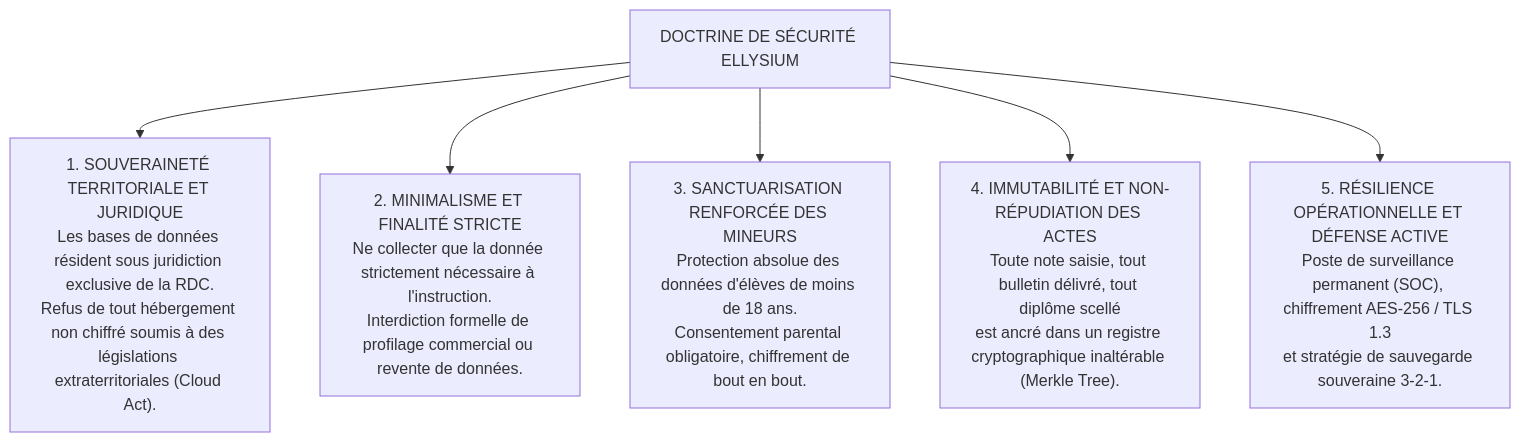
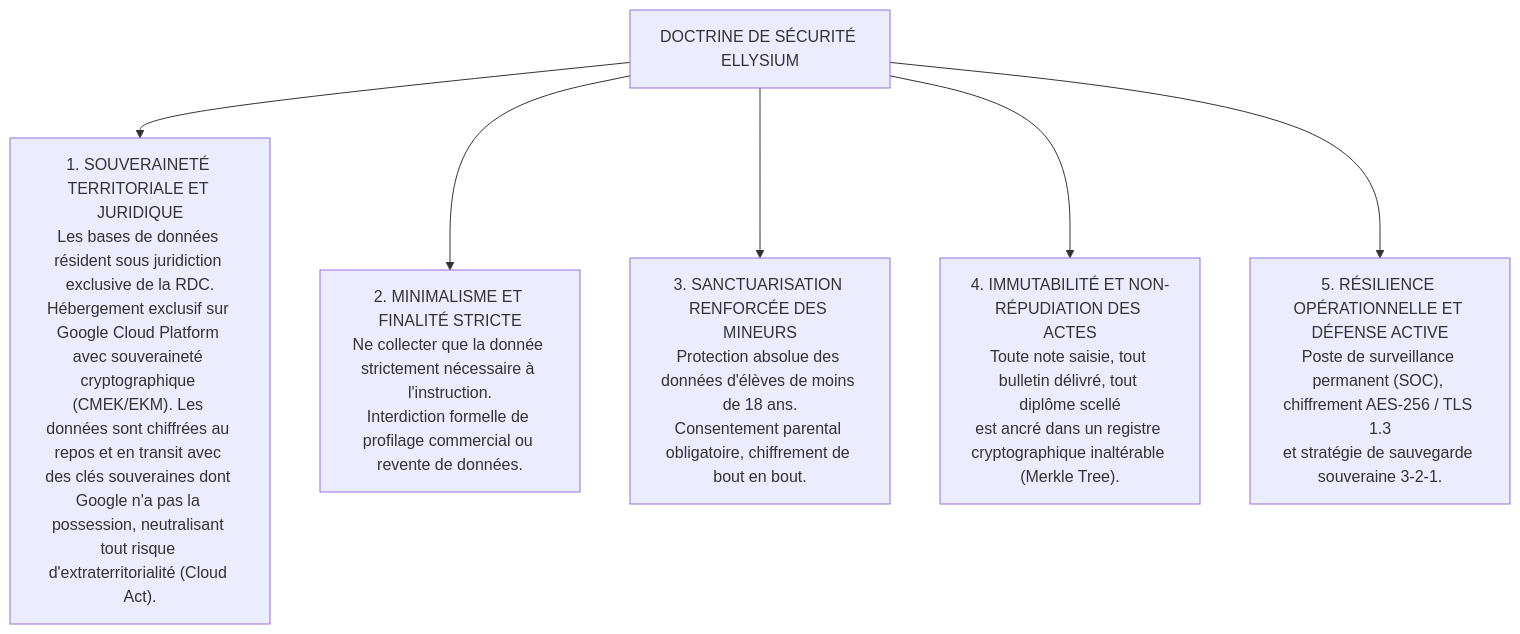
Before and after one commit to Adolphechris/clenel-elysium: the diagram in tome-9/README.md, drawn with Mermaid. The commit also changed 4 other files, not shown here.

Commit message:
fix: Resolution contradiction doctrinale Google Cloud Act, nettoyage Tome 13 et MAJ READMEs

````diff
--- a/tome-9/README.md
+++ b/tome-9/README.md
@@ -15,14 +15,14 @@
 ```mermaid
 graph TD
     SEC["DOCTRINE DE SÉCURITÉ ELLYSIUM"]
     
-    SEC --> P1["1. SOUVERAINETÉ TERRITORIALE ET JURIDIQUE\nLes bases de données résident sous juridiction exclusive de la RDC.\nRefus de tout hébergement non chiffré soumis à des législations extraterritoriales (Cloud Act)."]
+    SEC --> P1["1. SOUVERAINETÉ TERRITORIALE ET JURIDIQUE\nLes bases de données résident sous juridiction exclusive de la RDC.\nHébergement exclusif sur Google Cloud Platform avec souveraineté cryptographique (CMEK/EKM). Les données sont chiffrées au repos et en transit avec des clés souveraines dont Google n'a pas la possession, neutralisant tout risque d'extraterritorialité (Cloud Act)."]
     
     SEC --> P2["2. MINIMALISME ET FINALITÉ STRICTE\nNe collecter que la donnée strictement nécessaire à l'instruction.\nInterdiction formelle de profilage commercial ou revente de données."]
     
     SEC --> P3["3. SANCTUARISATION RENFORCÉE DES MINEURS\nProtection absolue des données d'élèves de moins de 18 ans.\nConsentement parental obligatoire, chiffrement de bout en bout."]
     
     SEC --> P4["4. IMMUTABILITÉ ET NON-RÉPUDIATION DES ACTES\nToute note saisie, tout bulletin délivré, tout diplôme scellé\nest ancré dans un registre cryptographique inaltérable (Merkle Tree)."]
     
     SEC --> P5["5. RÉSILIENCE OPÉRATIONNELLE ET DÉFENSE ACTIVE\nPoste de surveillance permanent (SOC), chiffrement AES-256 / TLS 1.3\net stratégie de sauvegarde souveraine 3-2-1."]
 ```
````
